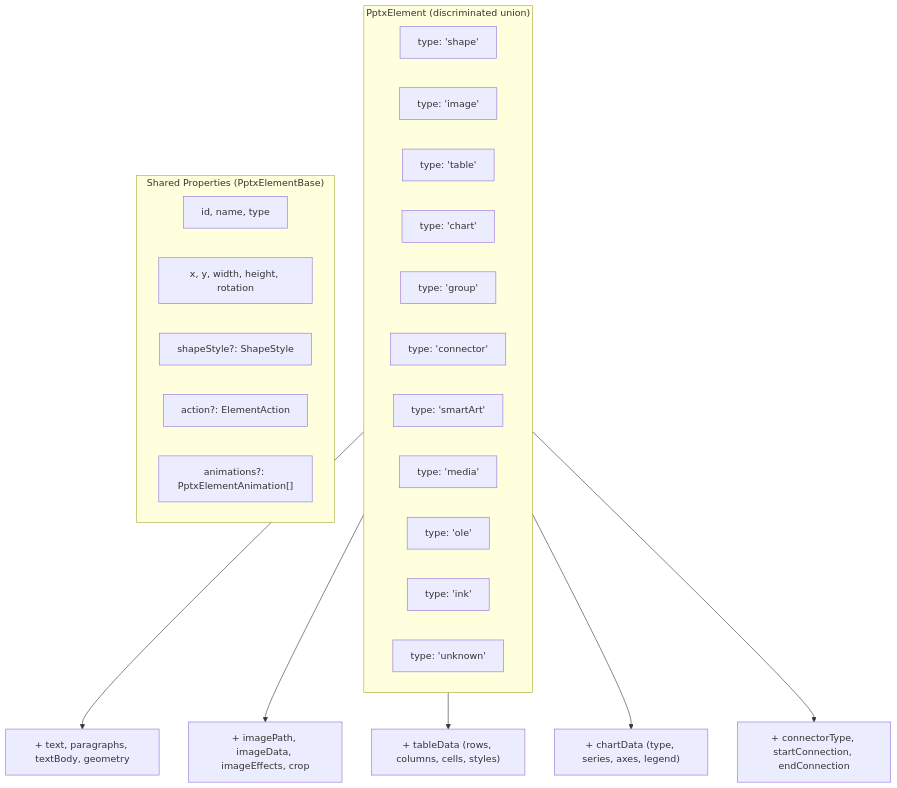
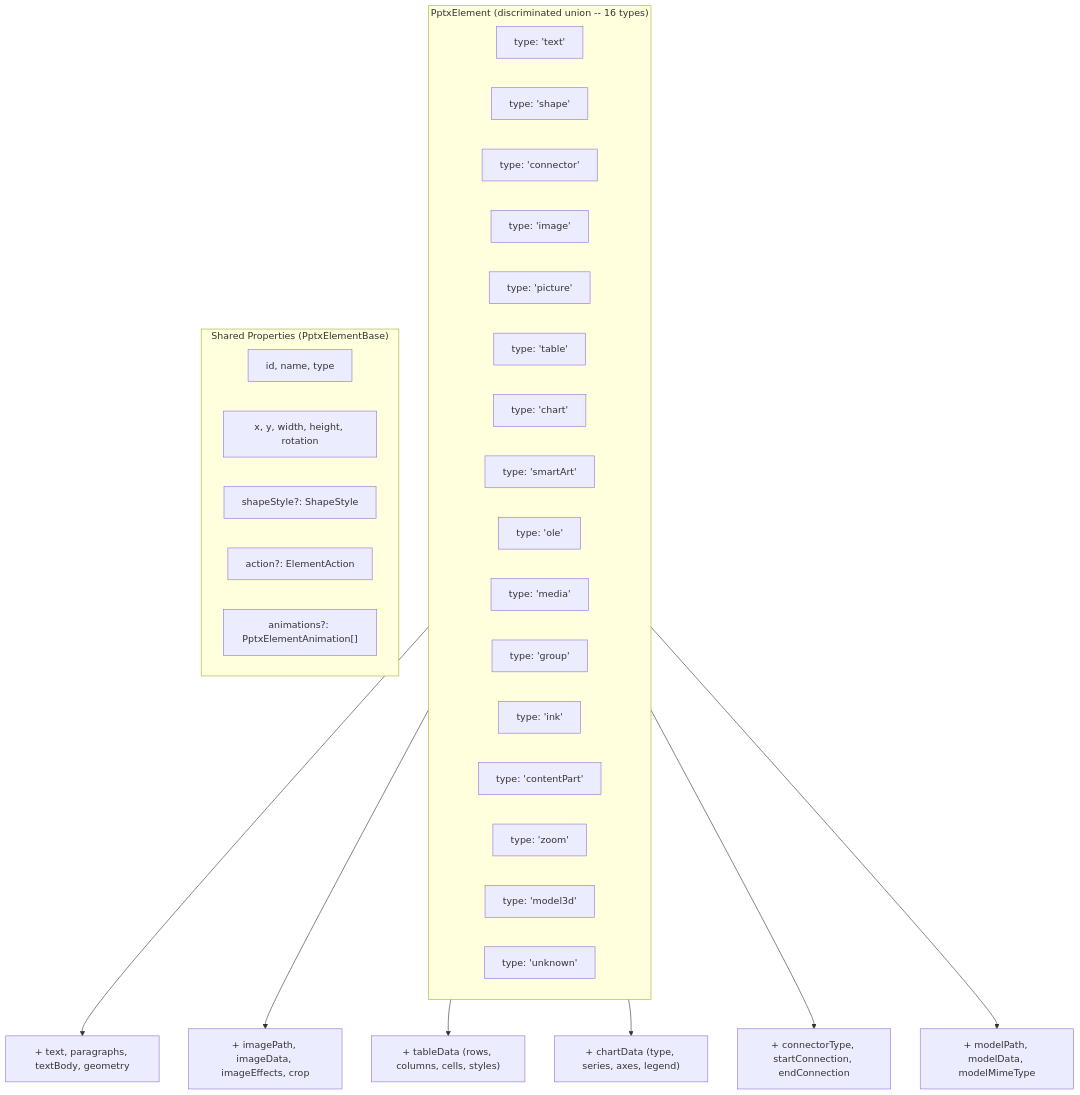
One commit to ChristopherVR/pptx-viewer changed the sixth of 9 diagrams in packages/core/README.md. Above: the diagram before and after it, drawn with Mermaid. The commit also changed other lines of this file and 21 other files, not shown here.

````diff
--- a/packages/core/README.md
+++ b/packages/core/README.md
@@ -408,31 +417,37 @@
 ```mermaid
 graph TB
-    subgraph "PptxElement (discriminated union)"
+    subgraph "PptxElement (discriminated union -- 16 types)"
         direction LR
+        TX["type: 'text'"]
         SH["type: 'shape'"]
+        CN["type: 'connector'"]
         IM["type: 'image'"]
+        PC["type: 'picture'"]
         TB["type: 'table'"]
         CH["type: 'chart'"]
+        SA["type: 'smartArt'"]
+        OL["type: 'ole'"]
+        MD["type: 'media'"]
         GR["type: 'group'"]
-        CN["type: 'connector'"]
-        SA["type: 'smartArt'"]
-        MD["type: 'media'"]
-        OL["type: 'ole'"]
         IK["type: 'ink'"]
+        CP["type: 'contentPart'"]
+        ZM["type: 'zoom'"]
+        M3["type: 'model3d'"]
         UK["type: 'unknown'"]
     end
 
     subgraph "Shared Properties (PptxElementBase)"
         ID["id, name, type"]
         POS["x, y, width, height, rotation"]
         STY["shapeStyle?: ShapeStyle"]
         ACT["action?: ElementAction"]
         ANI["animations?: PptxElementAnimation[]"]
     end
 
     SH --> SHARED["+ text, paragraphs, textBody, geometry"]
     IM --> IPROPS["+ imagePath, imageData, imageEffects, crop"]
     TB --> TPROPS["+ tableData (rows, columns, cells, styles)"]
     CH --> CPROPS["+ chartData (type, series, axes, legend)"]
     CN --> CNPROPS["+ connectorType, startConnection, endConnection"]
+    M3 --> MPROPS["+ modelPath, modelData, modelMimeType"]
 ```
````
